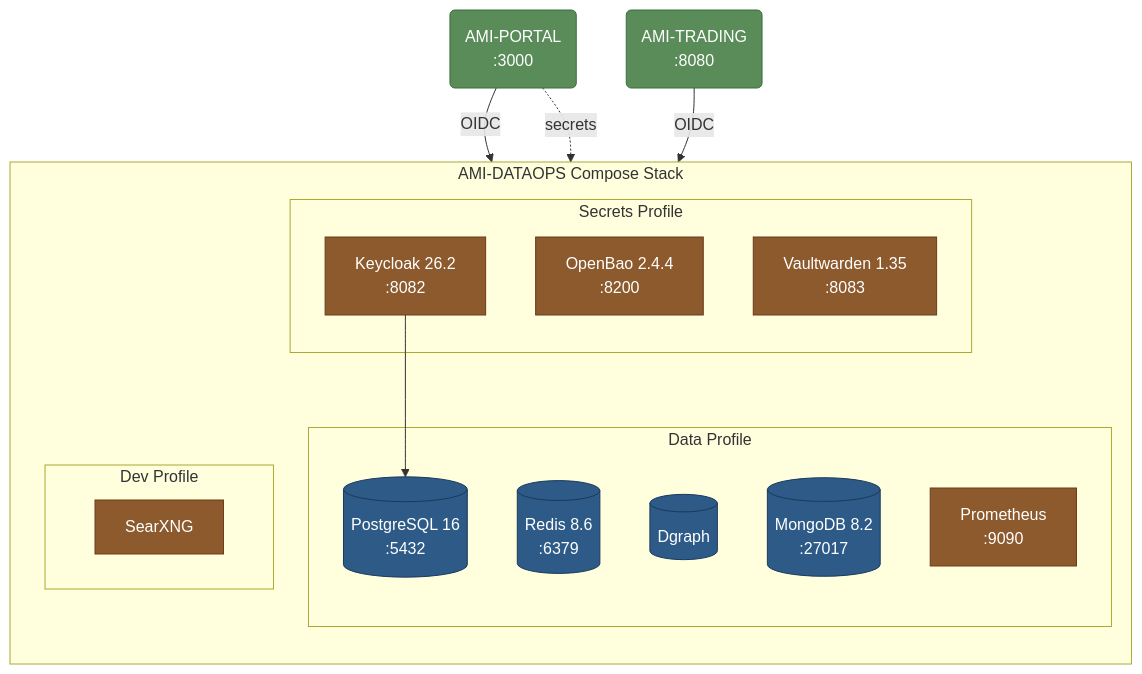
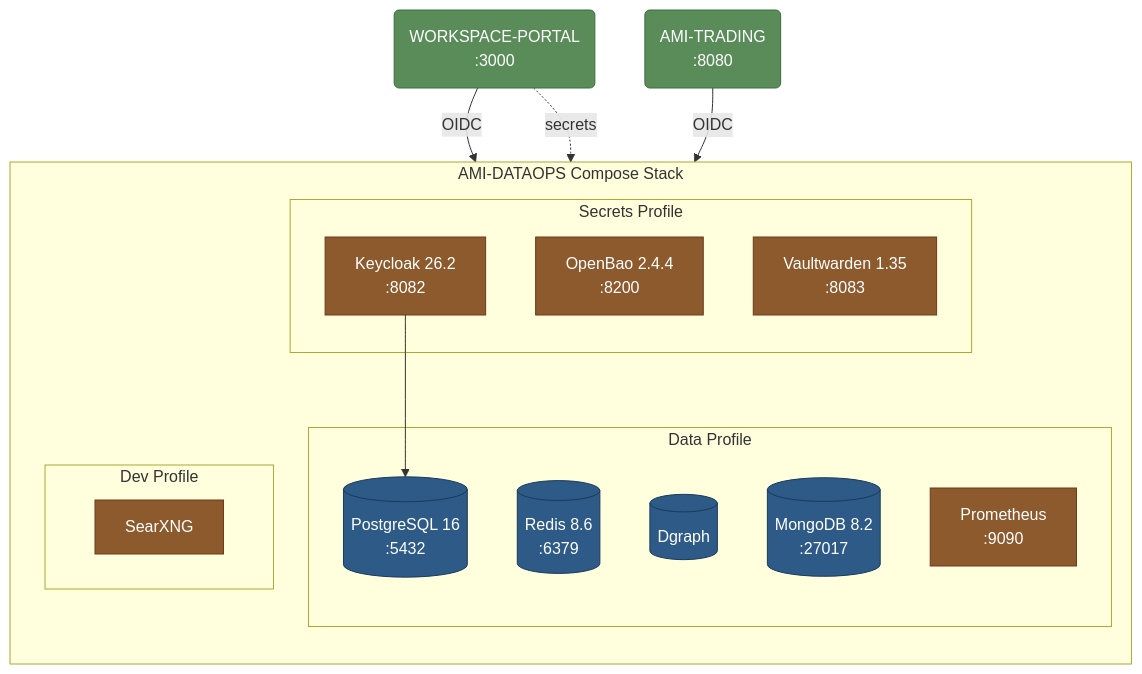
Before and after one commit to Independent-AI-Labs/WORKSPACE-VM: the sixth of 6 diagrams in docs/archive/v2/DEPENDENCY-MAP.md, drawn with Mermaid. The commit also changed other lines of this file and 27 other files, not shown here.

First line of the commit message:
refactor: rename AMI-PORTAL/AMI-STREAMS to WORKSPACE-PORTAL/WORKSPACE-STREAMS

````diff
--- a/docs/archive/v2/DEPENDENCY-MAP.md
+++ b/docs/archive/v2/DEPENDENCY-MAP.md
@@ -242,36 +242,36 @@
 ```mermaid
 graph TB
     classDef svc fill:#8c5a2d,stroke:#6c3a1a,color:#fff
     classDef db fill:#2d5a87,stroke:#1a3a5c,color:#fff
     classDef app fill:#5a8c5a,stroke:#3a6c3a,color:#fff
 
     subgraph compose ["AMI-DATAOPS Compose Stack"]
         direction TB
 
         subgraph secrets ["Secrets Profile"]
             KC[Keycloak 26.2\n:8082]:::svc
             BAO[OpenBao 2.4.4\n:8200]:::svc
             VW[Vaultwarden 1.35\n:8083]:::svc
         end
 
         subgraph data ["Data Profile"]
             PG[(PostgreSQL 16\n:5432)]:::db
             REDIS[(Redis 8.6\n:6379)]:::db
             DGRAPH[(Dgraph)]:::db
             MONGO[(MongoDB 8.2\n:27017)]:::db
             PROM[Prometheus\n:9090]:::svc
         end
 
         subgraph dev ["Dev Profile"]
             SEARX[SearXNG]:::svc
         end
     end
 
     %% Internal deps
     KC --> PG
 
     %% Consumer apps
-    PORTAL(AMI-PORTAL\n:3000):::app -- "OIDC" --> KC
+    PORTAL(WORKSPACE-PORTAL\n:3000):::app -- "OIDC" --> KC
     TRADING(AMI-TRADING\n:8080):::app -- "OIDC" --> KC
     PORTAL -. "secrets" .-> BAO
 ```
````
